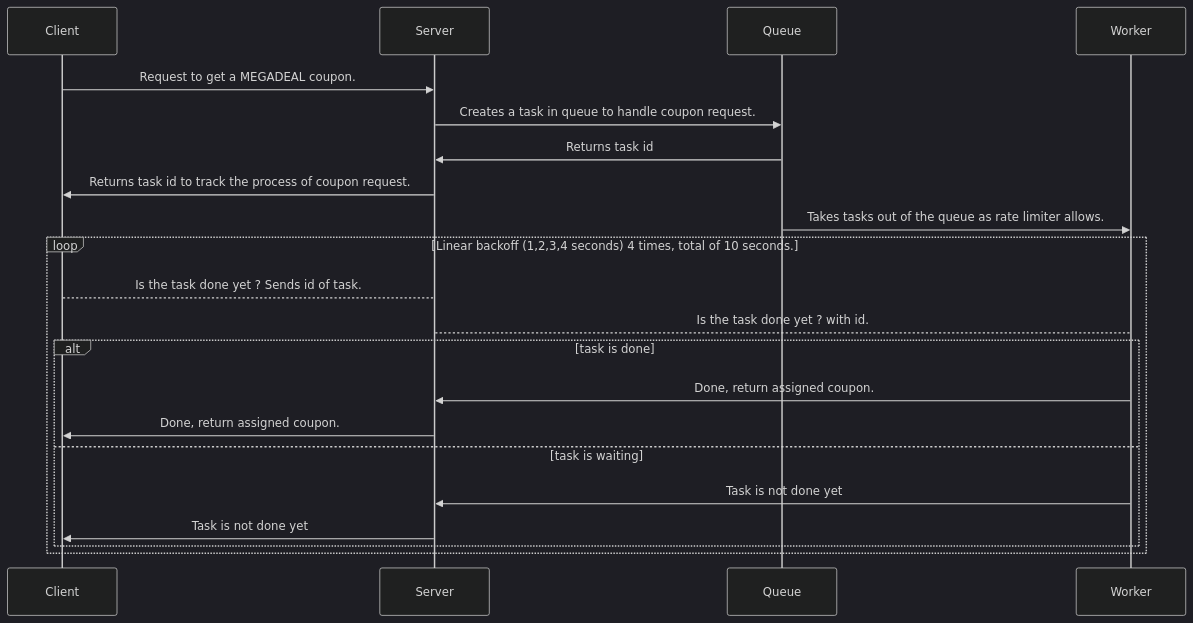
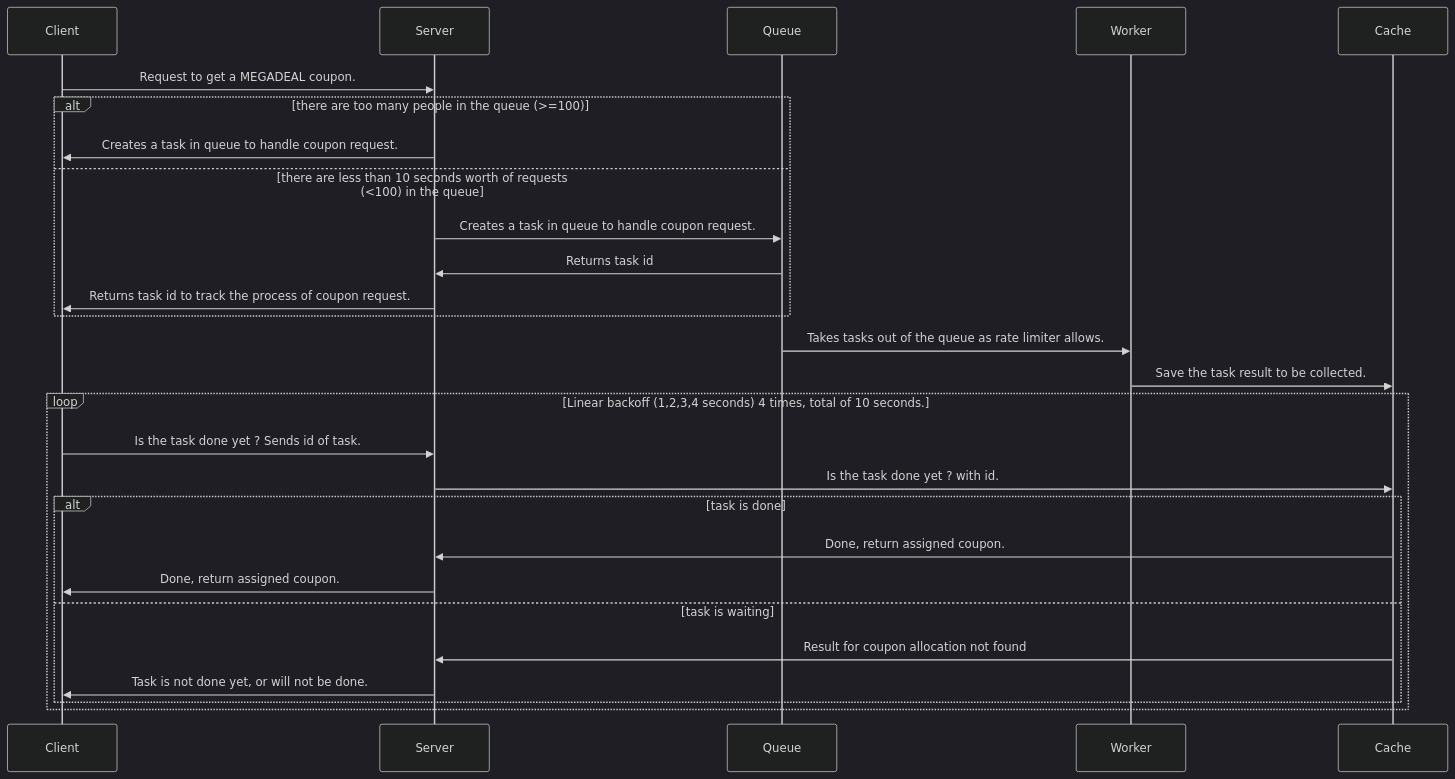
Before and after one commit to ozzy-cox/coupon-management-system: the second of 2 diagrams in docs.md, drawn with Mermaid (dark theme). The commit also changed other lines of this file and 3 other files, not shown here.

````diff
--- a/docs.md
+++ b/docs.md
@@ -62,24 +64,30 @@
 ```mermaid
     sequenceDiagram
     participant Client
     participant Server
     participant Queue
     participant Worker
+    participant Cache
     
     Client ->> Server: Request to get a MEGADEAL coupon.
+    alt there are too many people in the queue (>=100)
+    Server ->> Client: Creates a task in queue to handle coupon request.
+    else there are less than 10 seconds worth of requests (<100) in the queue
     Server ->> Queue: Creates a task in queue to handle coupon request.
     Queue ->> Server: Returns task id
     Server ->> Client: Returns task id to track the process of coupon request.
+    end
     Queue ->> Worker: Takes tasks out of the queue as rate limiter allows.
+    Worker ->> Cache: Save the task result to be collected.
     loop Linear backoff (1,2,3,4 seconds) 4 times, total of 10 seconds.
-        Client --> Server: Is the task done yet ? Sends id of task.
-        Server --> Worker: Is the task done yet ? with id.
+        Client ->> Server: Is the task done yet ? Sends id of task.
+        Server ->> Cache: Is the task done yet ? with id.
         alt task is done
-            Worker ->> Server: Done, return assigned coupon.
+            Cache ->> Server: Done, return assigned coupon.
             Server ->> Client: Done, return assigned coupon.
         else task is waiting
-            Worker ->> Server: Task is not done yet
-            Server ->> Client: Task is not done yet
+            Cache ->> Server: Result for coupon allocation not found
+            Server ->> Client: Task is not done yet, or will not be done.
         end
     end
 ```
````
